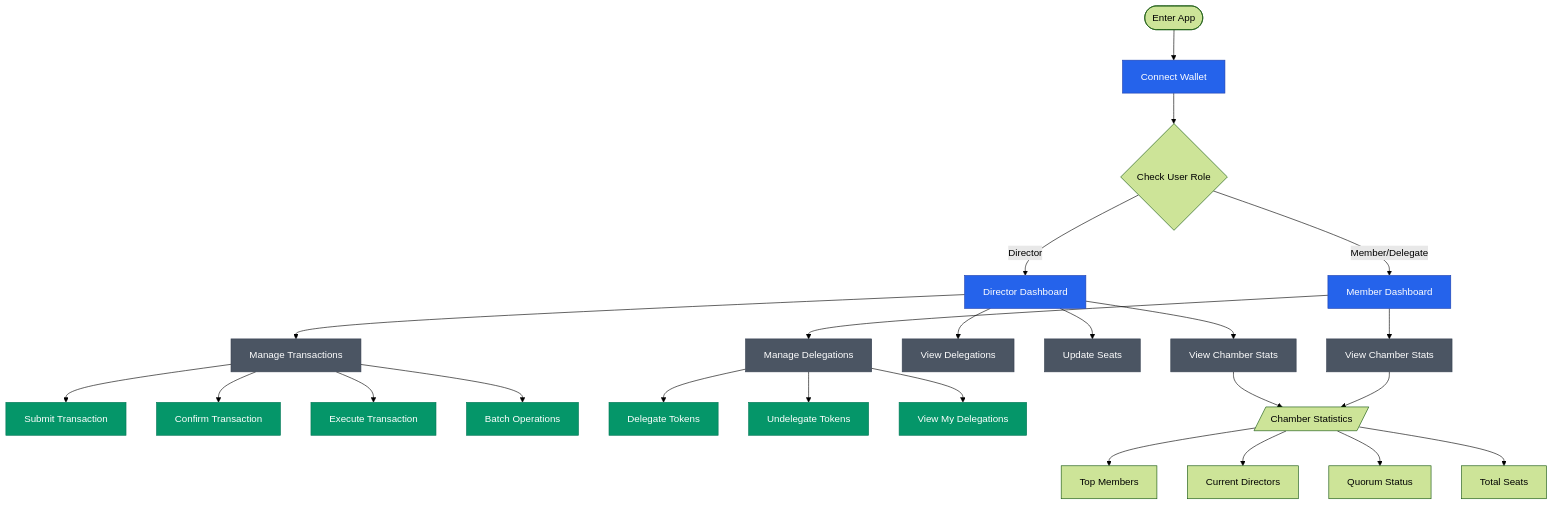
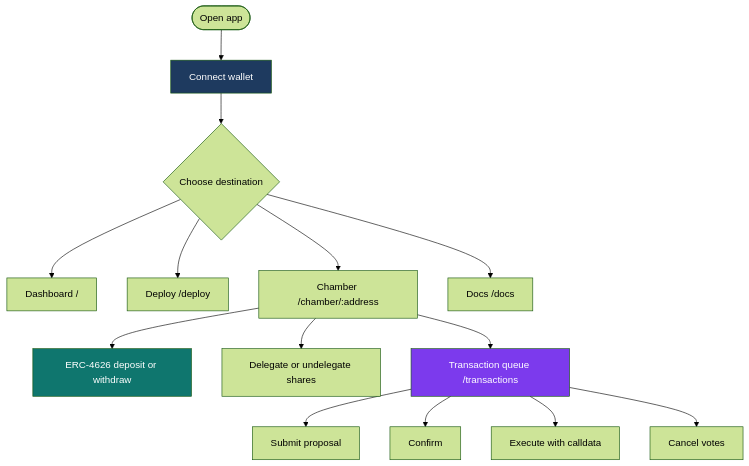
The diagram in app/src/docs/whitepaper/interface.md (loreum-org/chamber), drawn with Mermaid (forest theme) before and after one commit. The commit also changed other lines of this file and 14 other files, not shown here.

````diff
--- a/app/src/docs/whitepaper/interface.md
+++ b/app/src/docs/whitepaper/interface.md
@@ -1,45 +17,22 @@
 ```mermaid
 flowchart TD
-    Start([Enter App]) --> Auth[Connect Wallet]
-    
-    Auth --> CheckRole{Check User Role}
-    CheckRole -->|Director| DirectorView[Director Dashboard]
-    CheckRole -->|Member/Delegate| MemberView[Member Dashboard]
-    
-    %% Director Flow
-    DirectorView --> D1[View Chamber Stats]
-    DirectorView --> D2[Manage Transactions]
-    DirectorView --> D3[View Delegations]
-    DirectorView --> D4[Update Seats]
-    
-    D2 --> D2a[Submit Transaction]
-    D2 --> D2b[Confirm Transaction]
-    D2 --> D2c[Execute Transaction]
-    D2 --> D2d[Batch Operations]
-    
-    %% Member/Delegate Flow
-    MemberView --> M1[View Chamber Stats]
-    MemberView --> M2[Manage Delegations]
-    
-    M2 --> M2a[Delegate Tokens]
-    M2 --> M2b[Undelegate Tokens]
-    M2 --> M2c[View My Delegations]
-    
-    %% Shared Views
-    M1 --> SharedStats[/Chamber Statistics/]
-    D1 --> SharedStats
-    
-    SharedStats --> S1[Top Members]
-    SharedStats --> S2[Current Directors]
-    SharedStats --> S3[Quorum Status]
-    SharedStats --> S4[Total Seats]
-    
-    %% Styling
-    classDef primary fill:#2563eb,stroke:#1e40af,color:white
-    classDef secondary fill:#4b5563,stroke:#374151,color:white
-    classDef action fill:#059669,stroke:#047857,color:white
-    
-    class Auth,DirectorView,MemberView primary
-    class D1,D2,D3,D4,M1,M2 secondary
-    class D2a,D2b,D2c,D2d,M2a,M2b,M2c action
+    Start([Open app]) --> Connect[Connect wallet]
+    Connect --> Hub{Choose destination}
+    Hub --> Dashboard[Dashboard /]
+    Hub --> Deploy[Deploy /deploy]
+    Hub --> Chamber[Chamber /chamber/:address]
+    Hub --> Docs[Docs /docs]
+
+    Chamber --> Vault[ERC-4626 deposit or withdraw]
+    Chamber --> Del[Delegate or undelegate shares]
+    Chamber --> Tx[Transaction queue /transactions]
+
+    Tx --> S[Submit proposal]
+    Tx --> C[Confirm]
+    Tx --> E[Execute with calldata]
+    Tx --> X[Cancel votes]
+
+    style Connect fill:#1e3a5f,color:#fff
+    style Vault fill:#0f766e,color:#fff
+    style Tx fill:#7c3aed,color:#fff
 ```
````
